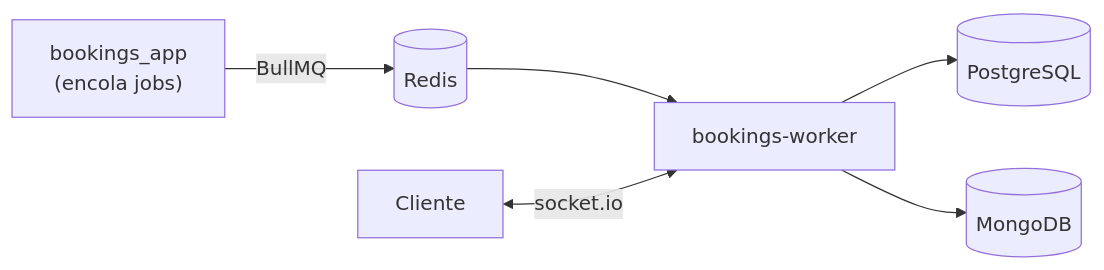
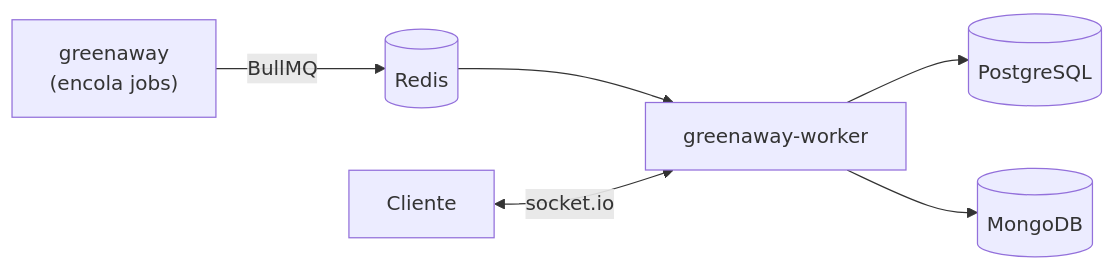
One commit to agustisera1/greenaway-worker changed the diagram in README.md. Above: the diagram before and after it, drawn with Mermaid. The commit also changed other lines of this file and 10 other files, not shown here.

````diff
--- a/README.md
+++ b/README.md
@@ -19,7 +19,7 @@
 ```mermaid
 flowchart LR
-  APP["bookings_app<br/>(encola jobs)"] -->|BullMQ| RD[(Redis)]
-  RD --> WK["bookings-worker"]
+  APP["greenaway<br/>(encola jobs)"] -->|BullMQ| RD[(Redis)]
+  RD --> WK["greenaway-worker"]
   CL[Cliente] <-->|socket.io| WK
   WK --> PG[(PostgreSQL)] & MG[(MongoDB)]
 ```
````
